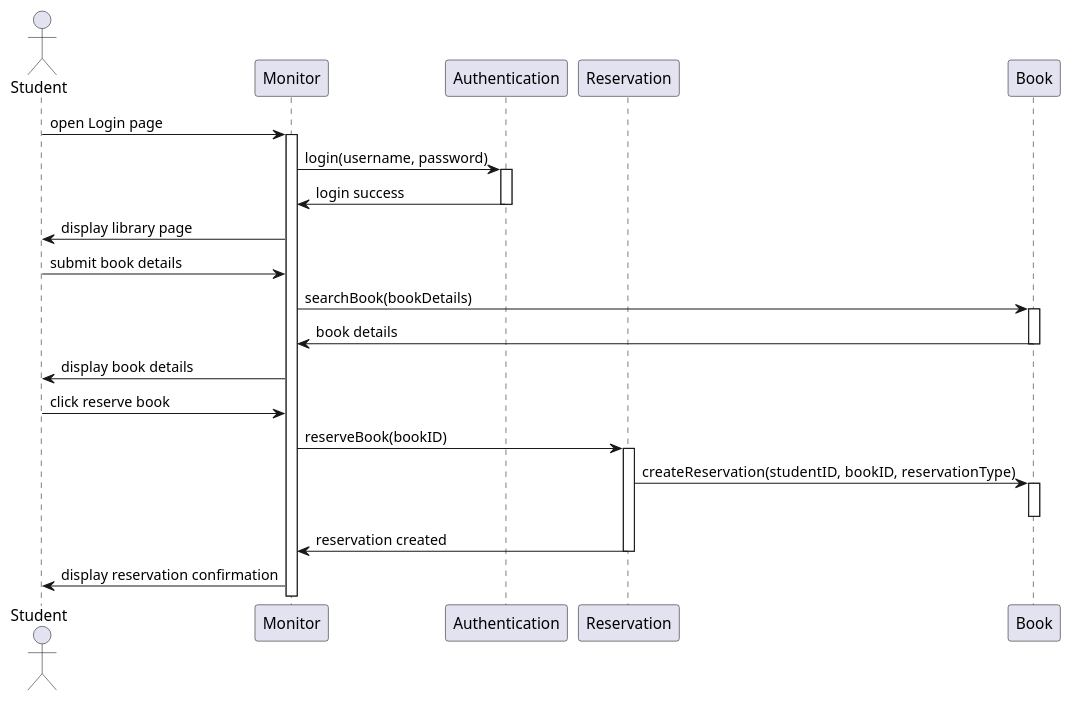
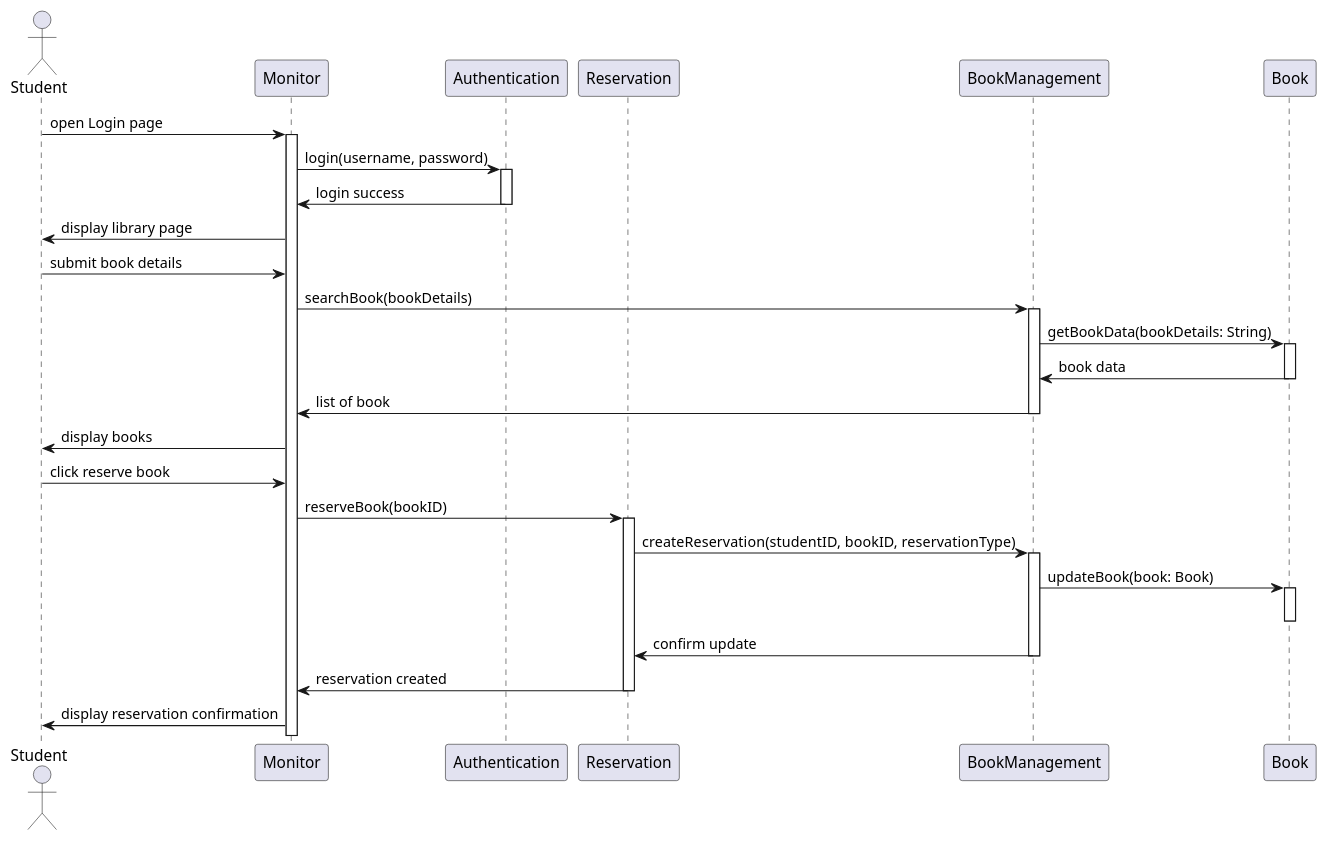
The diagram in src/bookReservation.puml (zuzu2307/Final_UML), drawn with PlantUML before and after one commit. The commit also changed 13 other files, not shown here.

```diff
--- a/src/bookReservation.puml
+++ b/src/bookReservation.puml
@@ -1,32 +1,41 @@
 @startuml
 actor Student
 participant Monitor
 participant Authentication
 participant Reservation
+participant BookManagement
 participant Book
 
 Student -> Monitor: open Login page
 activate Monitor
 Monitor -> Authentication: login(username, password)
 activate Authentication
 Authentication -> Monitor: login success
 deactivate Authentication
 Monitor -> Student: display library page
 
 Student -> Monitor: submit book details
-Monitor -> Book: searchBook(bookDetails)
+Monitor -> BookManagement: searchBook(bookDetails)
+activate BookManagement
+BookManagement -> Book: getBookData(bookDetails: String)
 activate Book
-Book -> Monitor: book details
+Book -> BookManagement: book data
 deactivate Book
-Monitor -> Student: display book details
+BookManagement -> Monitor: list of book
+deactivate BookManagement
+Monitor -> Student: display books
 
 Student -> Monitor: click reserve book
 Monitor -> Reservation: reserveBook(bookID)
 activate Reservation
-Reservation -> Book: createReservation(studentID, bookID,  reservationType)
+Reservation -> BookManagement: createReservation(studentID, bookID,  reservationType)
+activate BookManagement
+BookManagement -> Book: updateBook(book: Book)
 activate Book
 deactivate Book
+BookManagement -> Reservation: confirm update
+deactivate BookManagement
 Reservation -> Monitor: reservation created
 deactivate Reservation
 Monitor -> Student: display reservation confirmation
 @enduml
```
